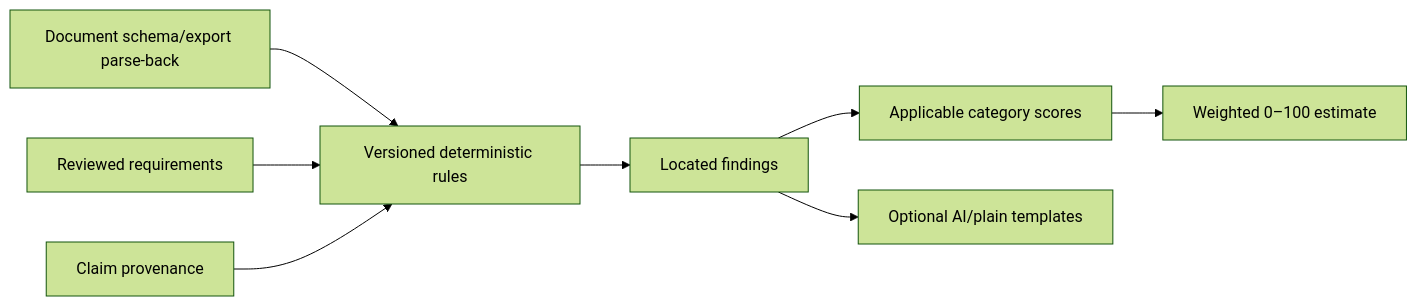
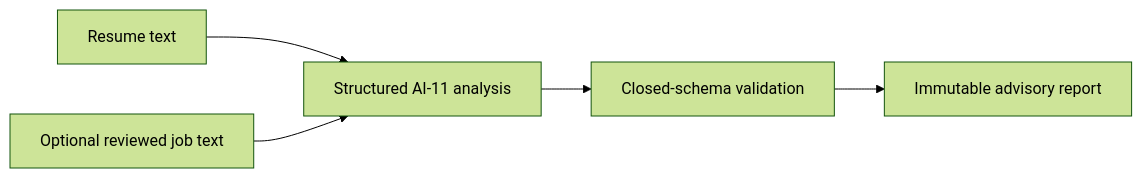
Before and after one commit to Kasu724/vitae-stack: the diagram in docs/ats/ATS_METHODOLOGY.md, drawn with Mermaid (forest theme). The commit also changed other lines of this file and 23 other files, not shown here.

Commit message:
replace deterministic ATS with AI analysis

````diff
--- a/docs/ats/ATS_METHODOLOGY.md
+++ b/docs/ats/ATS_METHODOLOGY.md
@@ -7,10 +7,7 @@
 ```mermaid
 flowchart LR
-  D[Document schema/export parse-back] --> Rules[Versioned deterministic rules]
-  J[Reviewed requirements] --> Rules
-  P[Claim provenance] --> Rules
-  Rules --> Findings[Located findings]
-  Findings --> Categories[Applicable category scores]
-  Categories --> Estimate[Weighted 0–100 estimate]
-  Findings --> Explain[Optional AI/plain templates]
+  R[Resume text] --> AI[Structured AI-11 analysis]
+  J[Optional reviewed job text] --> AI
+  AI --> V[Closed-schema validation]
+  V --> Report[Immutable advisory report]
 ```
````
